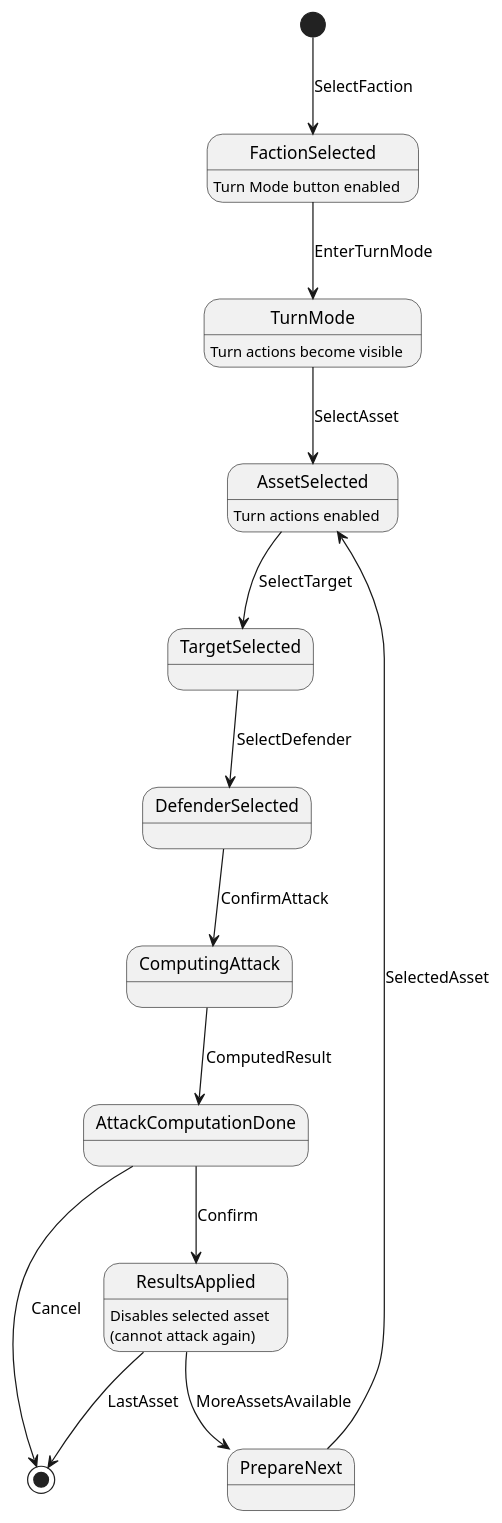
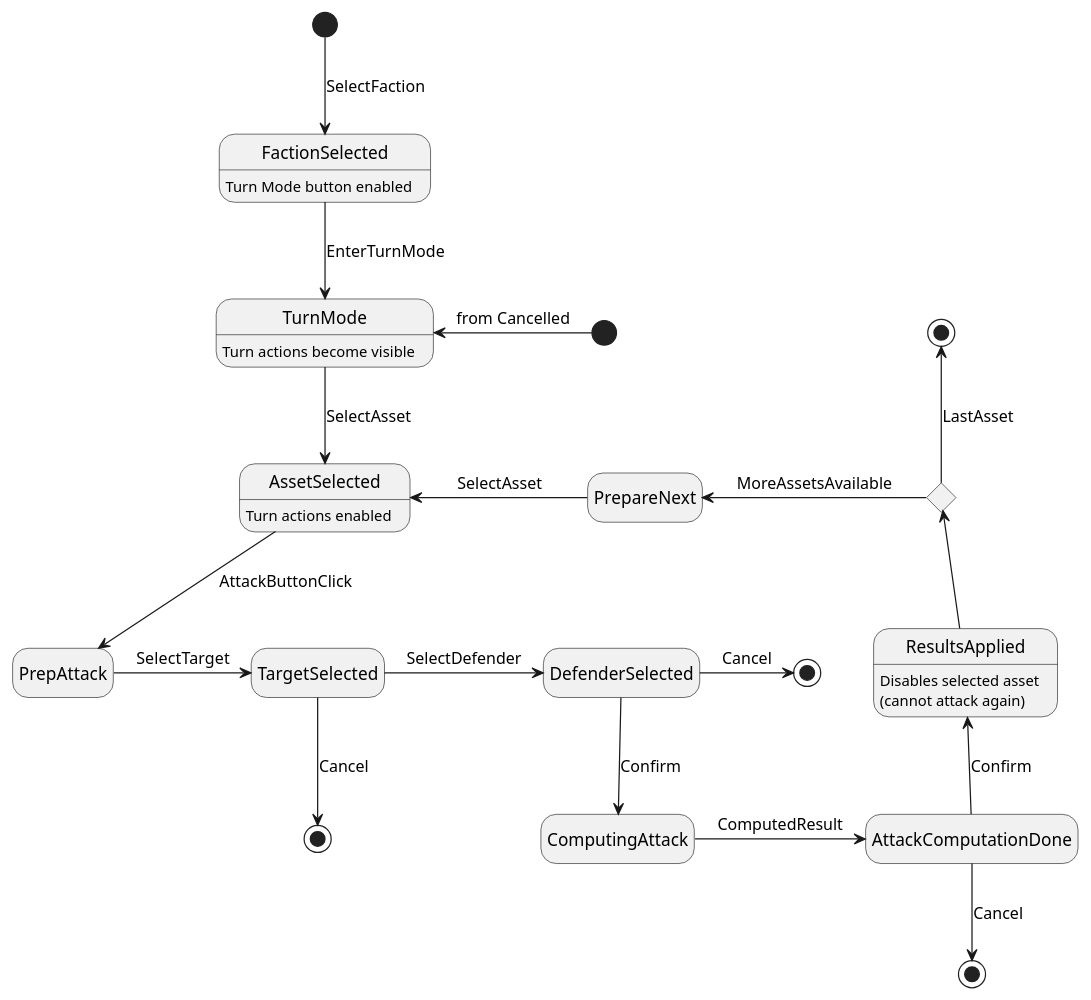
The diagram in design/Attack FSM.plantuml (Zer0-Vector/swn-faction-tracker), drawn with PlantUML before and after one commit.

Commit message:
clean up diagram

```diff
--- a/design/Attack FSM.plantuml
+++ b/design/Attack FSM.plantuml
@@ -1,34 +1,47 @@
 @startuml Faction Turn Attacking States
+hide empty description
 
 state "TurnMode" as TM
 state "FactionSelected" as FS
 state "AssetSelected" as ASel
+state cancelled <<start>>
+state "TargetSelected" as TSel
+state "DefenderSelected" as DSel
+state "ComputingAttack" as AComp
+state "AttackComputationDone" as ACDone
+state "ResultsApplied" as RA {
+  RA : Disables selected asset
+  RA : (cannot attack again)
+}
+state "PrepareNext" as PN
+state TNe <<end>>
+state DSe <<end>>
+state ACDoneE <<end>>
+state decide <<choice>>
 
 [*] --> FS : SelectFaction
 FS : Turn Mode button enabled
 FS --> TM : EnterTurnMode
 TM : Turn actions become visible
-
+cancelled -> TM : from Cancelled
 TM --> ASel : SelectAsset
 ASel : Turn actions enabled
+ASel --> PrepAttack : AttackButtonClick
 
-state "TargetSelected" as TSel
-state "DefenderSelected" as DSel
-state "ComputingAttack" as AComp
-state "AttackComputationDone" as ACDone
-state "ResultsApplied" as RA
-state "PrepareNext" as PN
 
-ASel --> TSel : SelectTarget
-TSel --> DSel : SelectDefender
-DSel --> AComp : ConfirmAttack
-AComp --> ACDone : ComputedResult
-ACDone --> [*] : Cancel
-ACDone --> RA : Confirm
-RA --> [*] : LastAsset
-RA : Disables selected asset
-RA : (cannot attack again)
-RA --> PN : MoreAssetsAvailable
-PN --> ASel : SelectedAsset
+
+
+PrepAttack -> TSel : SelectTarget
+TSel -> DSel : SelectDefender
+TSel --> TNe : Cancel
+DSel --> AComp : Confirm
+DSel -> DSe : Cancel
+AComp -> ACDone : ComputedResult
+ACDone -up-> RA : Confirm
+ACDone --> ACDoneE : Cancel
+RA -up-> decide
+decide -up-> [*] : LastAsset
+decide -left-> PN : MoreAssetsAvailable
+PN -left-> ASel : SelectAsset
 
 @enduml
```
